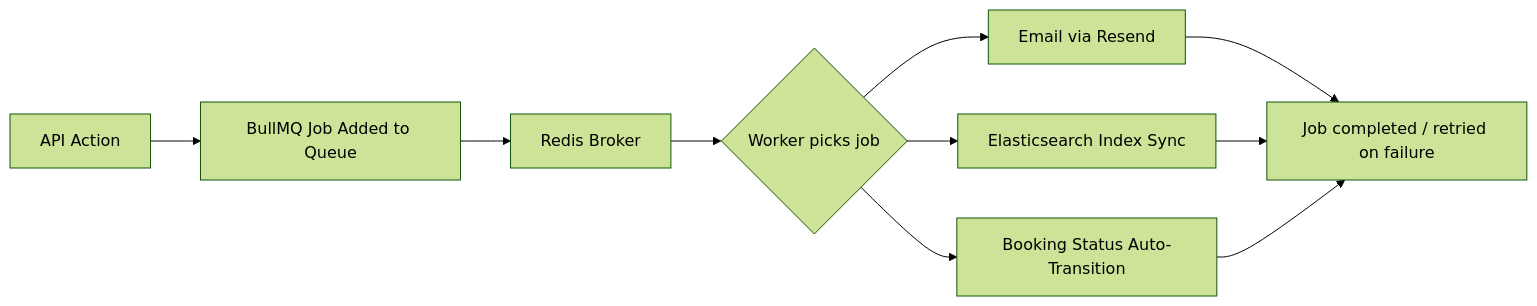
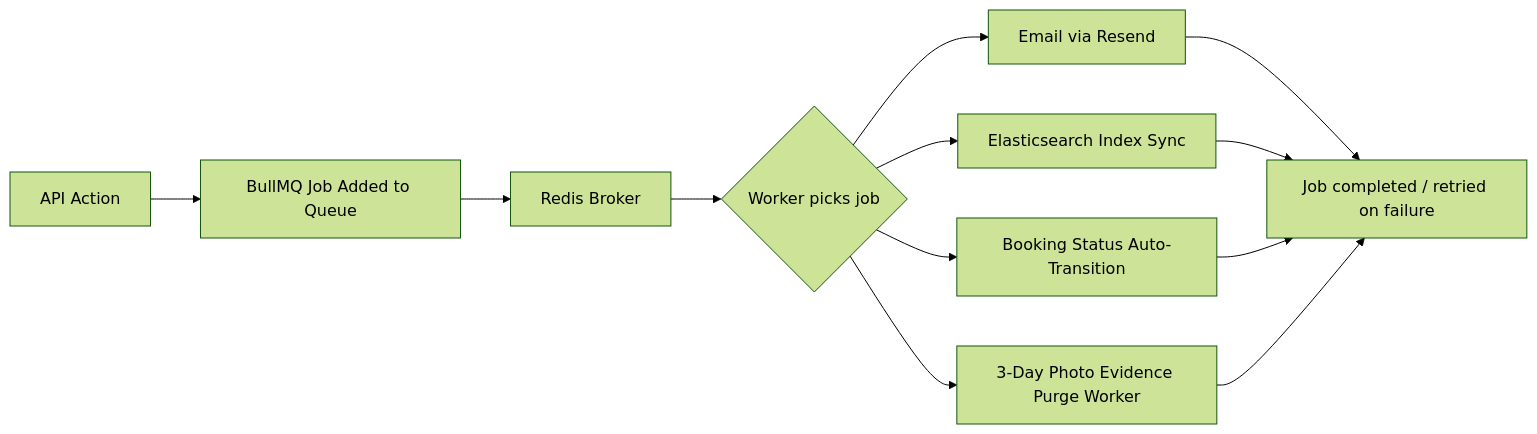
Before and after one commit to priyanshuraj20/Rentora: the eighth of 10 diagrams in ReadMe.md, drawn with Mermaid (forest theme). The commit also changed other lines of this file and 1 other file, not shown here.

````diff
--- a/ReadMe.md
+++ b/ReadMe.md
@@ -416,10 +458,11 @@
 ```mermaid
 graph LR
     A[API Action] --> B[BullMQ Job Added to Queue]
     B --> C[Redis Broker]
     C --> D{Worker picks job}
     D --> E[Email via Resend]
     D --> F[Elasticsearch Index Sync]
     D --> G[Booking Status Auto-Transition]
-    E & F & G --> H[Job completed / retried on failure]
+    D --> H[3-Day Photo Evidence Purge Worker]
+    E & F & G & H --> I[Job completed / retried on failure]
 ```
````
